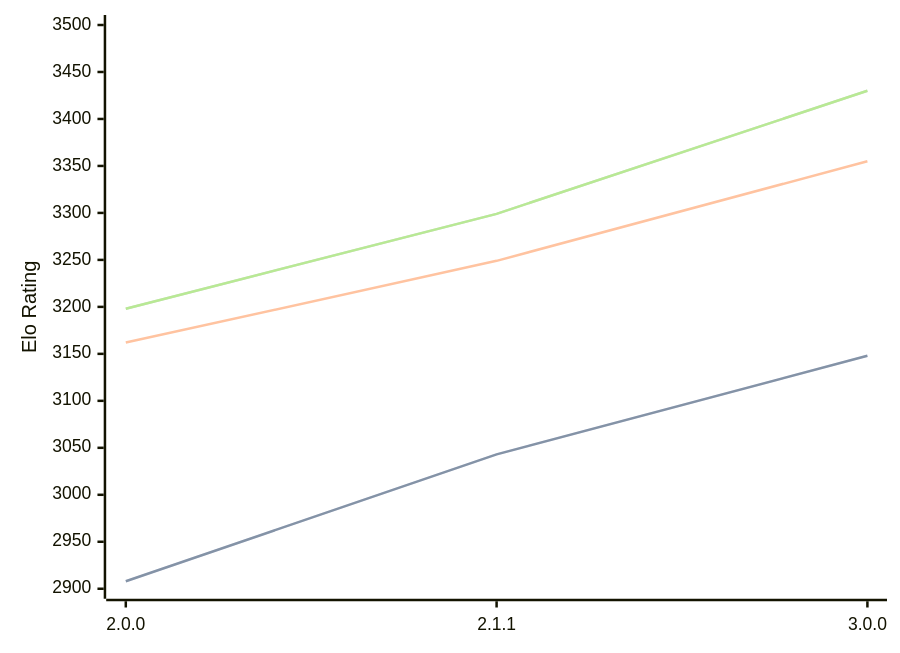
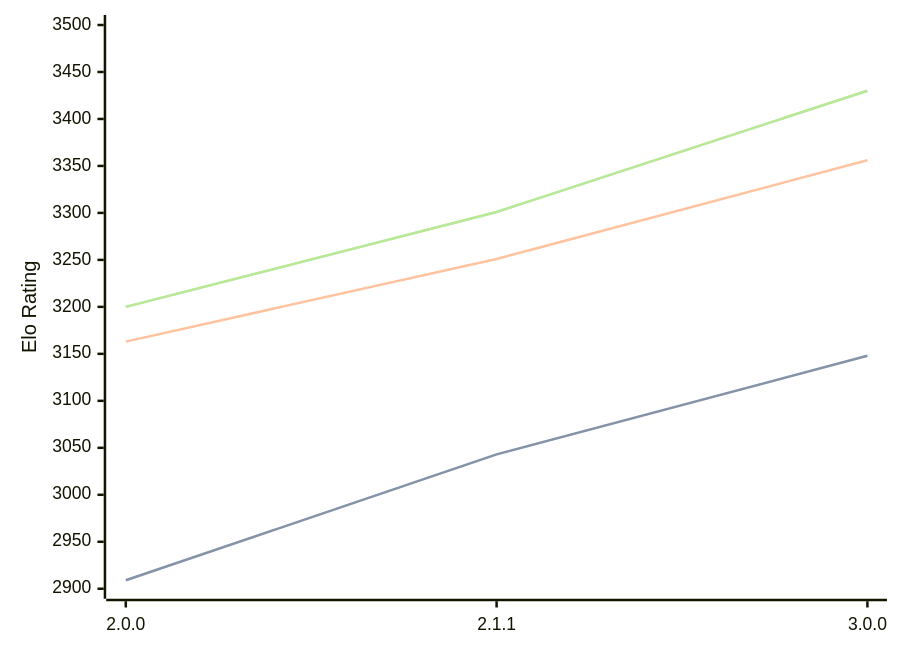
The diagram in engines/Bread.md (computer-chess-index/cci), drawn with Mermaid before and after one commit. The commit also changed other lines of this file, not shown here.

Commit message:
Update CCI Ratings (ELO VLTC) - 2026-05-04

````diff
--- a/engines/Bread.md
+++ b/engines/Bread.md
@@ -51,11 +51,11 @@
 ```mermaid
 %%{init: {"theme":"base","themeVariables":{"seriesColors:['#a3a3a3','#222221','#faa371']}}}%%
 xychart-beta
   x-axis ["2.0.0", "2.1.1", "3.0.0"]
   y-axis "Elo Rating" 2900 --> 3500
-  line "STC (8.0+0.08s)" [2908, 3043, 3148]
-  line "STC (8.0+0.08s)" [2908, 3043, 3148]
-  line "LTC (60.0+0.60s)" [3162, 3249, 3355]
-  line "VLTC (2m24s+1.12s)" [3198, 3299, 3430]
-  line "VLTC (2m24s+1.12s)" [3198, 3299, 3430]
+  line "STC (8.0+0.08s)" [2909, 3043, 3148]
+  line "STC (8.0+0.08s)" [2909, 3043, 3148]
+  line "LTC (60.0+0.60s)" [3163, 3251, 3356]
+  line "VLTC (2m24s+1.12s)" [3200, 3301, 3430]
+  line "VLTC (2m24s+1.12s)" [3200, 3301, 3430]
 ```
````
